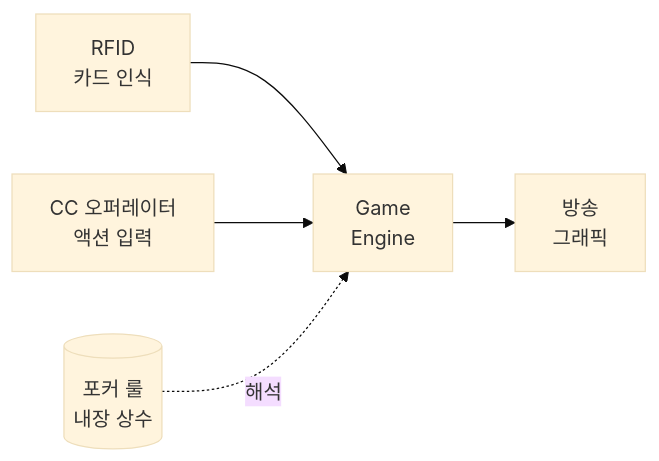
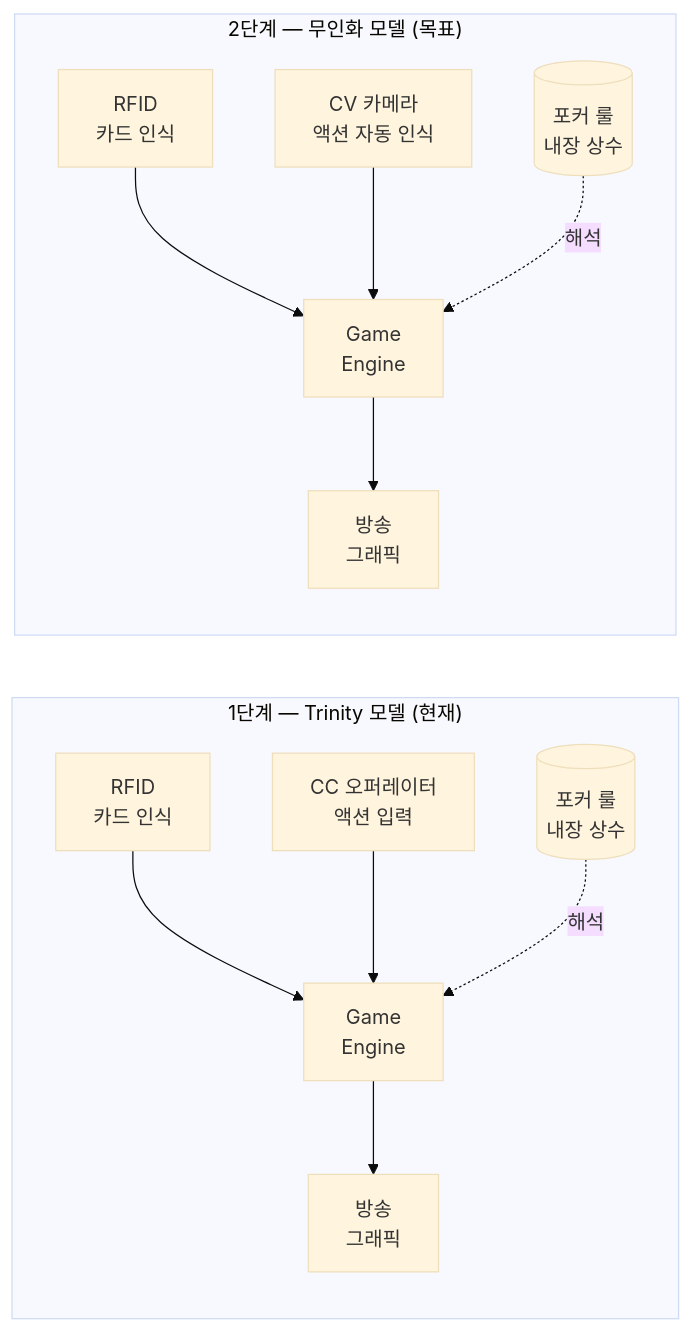
The third of 10 diagrams in docs/1. Product/Foundation.md (garimto81/ebs_github), drawn with Mermaid (base theme) before and after one commit. The commit also changed other lines of this file and 35 other files, not shown here.

````diff
--- a/docs/1. Product/Foundation.md
+++ b/docs/1. Product/Foundation.md
@@ -338,7 +338,15 @@
 ```mermaid
 flowchart LR
-    A[RFID<br/>카드 인식] --> E[Game<br/>Engine]
-    B[CC 오퍼레이터<br/>액션 입력] --> E
-    C[(포커 룰<br/>내장 상수)] -.해석.-> E
-    E --> O[방송<br/>그래픽]
+    subgraph S1["1단계 — Trinity 모델 (현재)"]
+        A1[RFID<br/>카드 인식] --> E1[Game<br/>Engine]
+        B1[CC 오퍼레이터<br/>액션 입력] --> E1
+        C1[(포커 룰<br/>내장 상수)] -.해석.-> E1
+        E1 --> O1[방송<br/>그래픽]
+    end
+    subgraph S2["2단계 — 무인화 모델 (목표)"]
+        A2[RFID<br/>카드 인식] --> E2[Game<br/>Engine]
+        B2["CV 카메라<br/>액션 자동 인식"] --> E2
+        C2[(포커 룰<br/>내장 상수)] -.해석.-> E2
+        E2 --> O2[방송<br/>그래픽]
+    end
 ```
````
